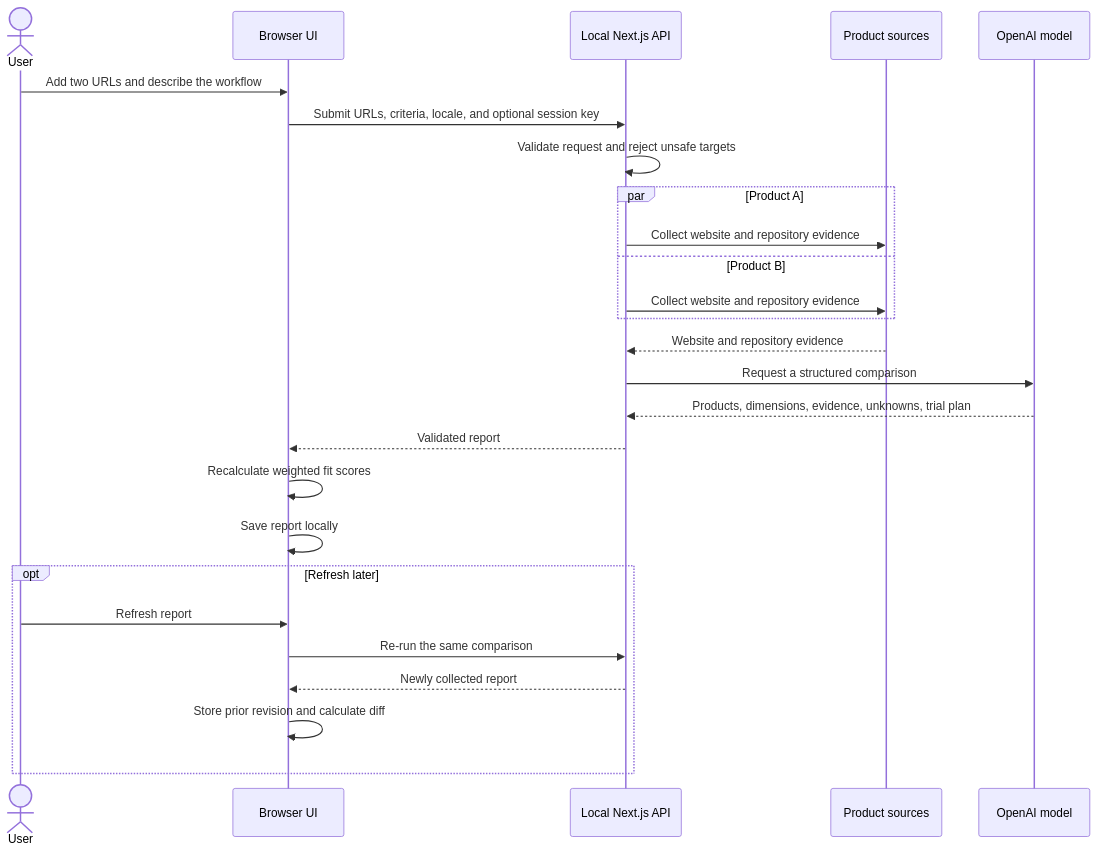
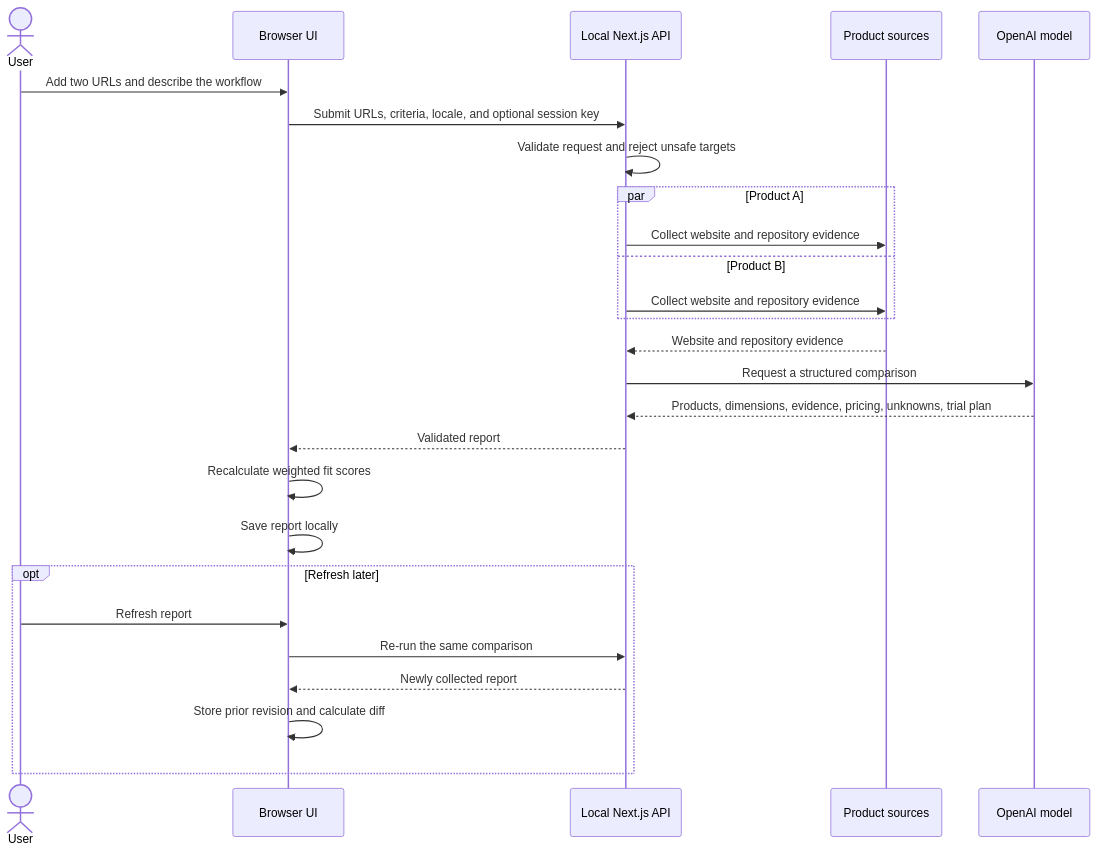
Before and after one commit to wp043/fitlens: the second of 5 diagrams in README.md, drawn with Mermaid. The commit also changed other lines of this file and 8 other files, not shown here.

Commit message:
feat(pricing): add structured plan comparison

````diff
--- a/README.md
+++ b/README.md
@@ -95,29 +97,29 @@
 ```mermaid
 sequenceDiagram
     actor User
     participant UI as Browser UI
     participant API as Local Next.js API
     participant Sources as Product sources
     participant Model as OpenAI model
 
     User->>UI: Add two URLs and describe the workflow
     UI->>API: Submit URLs, criteria, locale, and optional session key
     API->>API: Validate request and reject unsafe targets
     par Product A
         API->>Sources: Collect website and repository evidence
     and Product B
         API->>Sources: Collect website and repository evidence
     end
     Sources-->>API: Website and repository evidence
     API->>Model: Request a structured comparison
-    Model-->>API: Products, dimensions, evidence, unknowns, trial plan
+    Model-->>API: Products, dimensions, evidence, pricing, unknowns, trial plan
     API-->>UI: Validated report
     UI->>UI: Recalculate weighted fit scores
     UI->>UI: Save report locally
     opt Refresh later
         User->>UI: Refresh report
         UI->>API: Re-run the same comparison
         API-->>UI: Newly collected report
         UI->>UI: Store prior revision and calculate diff
     end
 ```
````
